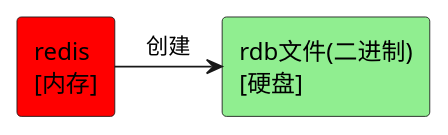
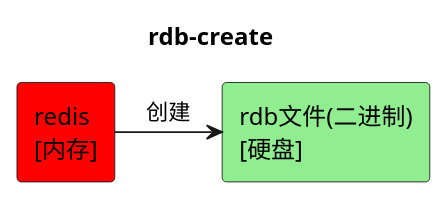
The first of 10 diagrams in redis/02-persistence/assets.wsd (zhangxishuo/knowledge), drawn with PlantUML before and after one commit. The commit also changed other lines of this file and 10 other files, not shown here.

```diff
--- a/redis/02-persistence/assets.wsd
+++ b/redis/02-persistence/assets.wsd
@@ -1,8 +1,9 @@
 @startuml
+title rdb-create
 skinparam style strictuml
 
 rectangle "redis\n[内存]" as redis #red
 rectangle "rdb文件(二进制)\n[硬盘]" as rdb #lightgreen
 
 redis -right-> rdb: 创建
 @enduml
```
